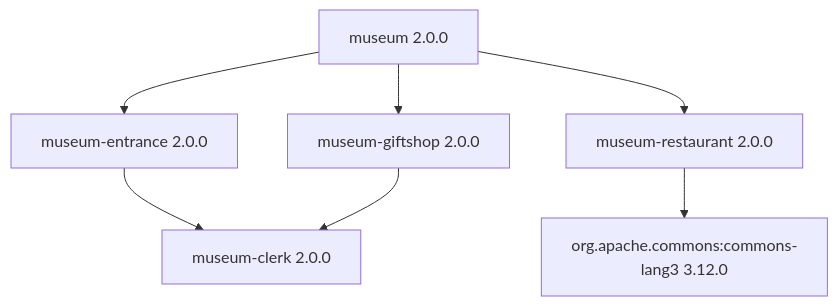
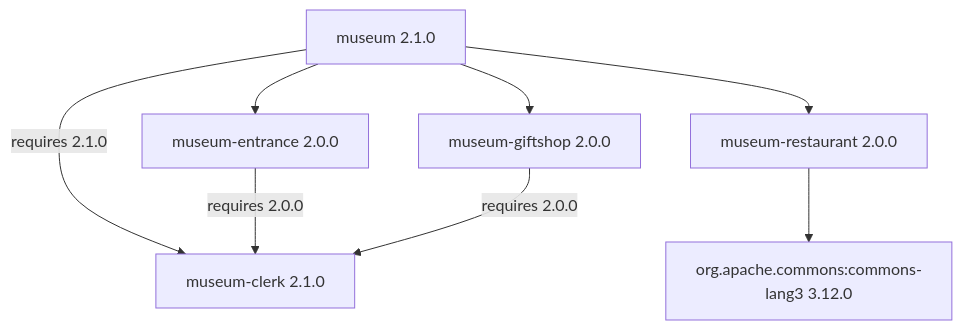
The diagram in README.md (flix/museum), drawn with Mermaid before and after one commit. The commit also changed other lines of this file and 3 other files, not shown here.

Commit message:
feat: welcome visitors with museum-clerk 2.1.0

````diff
--- a/README.md
+++ b/README.md
@@ -19,9 +20,10 @@
 ```mermaid
 flowchart TD
-    M["museum 2.0.0"] --> E["museum-entrance 2.0.0"]
+    M["museum 2.1.0"] --> E["museum-entrance 2.0.0"]
     M --> G["museum-giftshop 2.0.0"]
     M --> R["museum-restaurant 2.0.0"]
-    E --> C["museum-clerk 2.0.0"]
-    G --> C
+    M -->|requires 2.1.0| C["museum-clerk 2.1.0"]
+    E -->|requires 2.0.0| C
+    G -->|requires 2.0.0| C
     R --> J["org.apache.commons:commons-lang3 3.12.0"]
 ```
````
